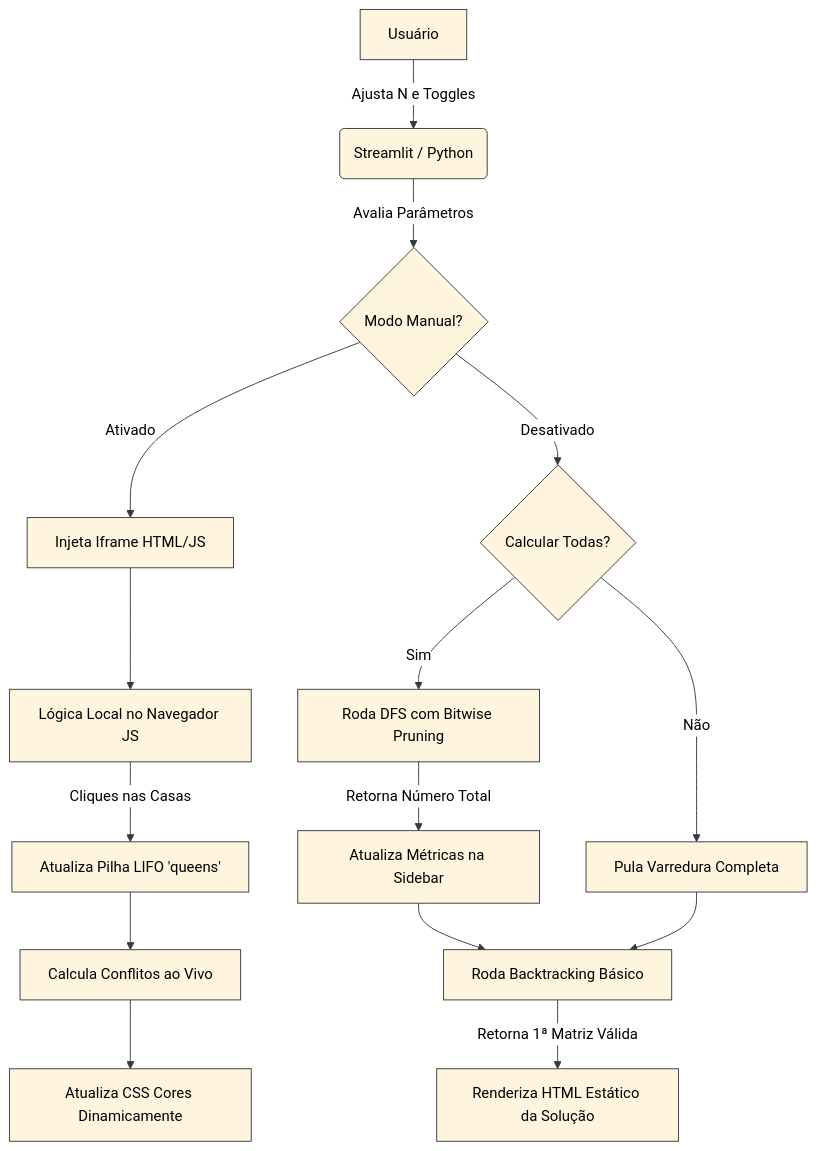
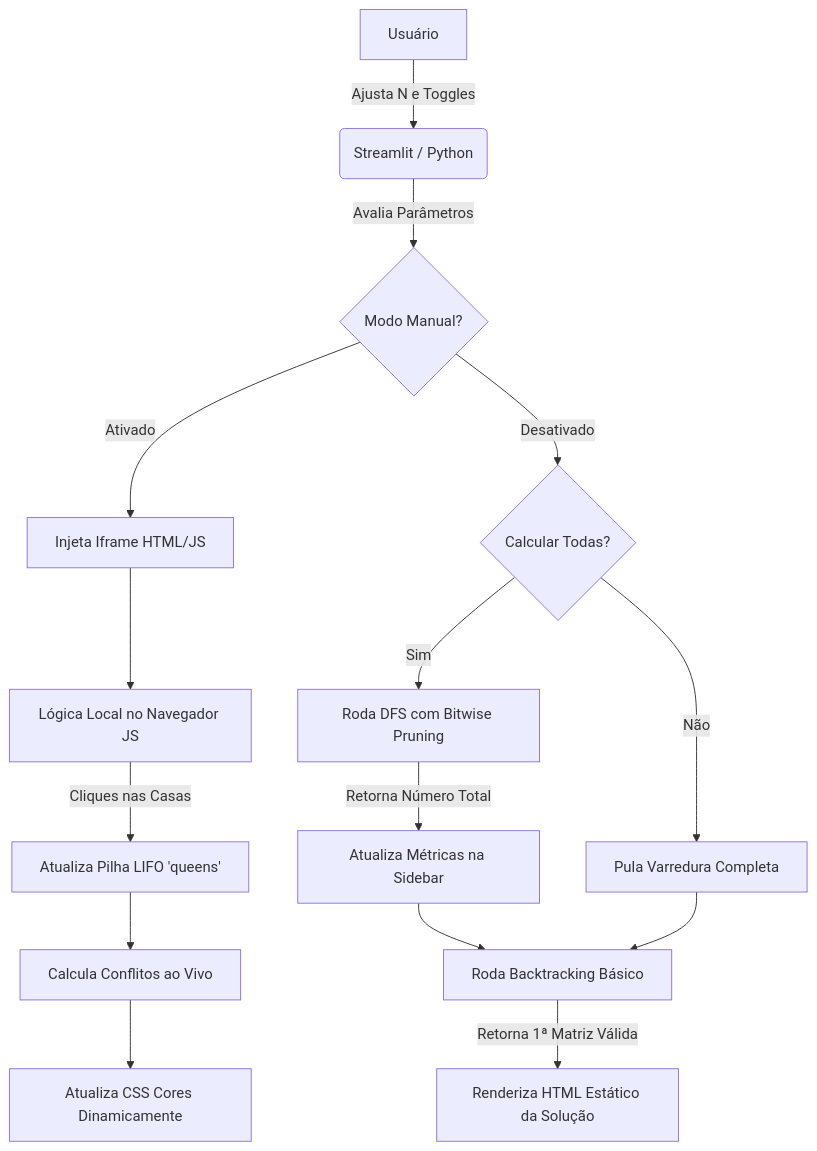
One commit to LuanVitorCD/IA_ProblemaNRainhas changed the diagram in README.md. Above: the diagram before and after it, drawn with Mermaid.

````diff
--- a/README.md
+++ b/README.md
@@ -65,30 +65,20 @@
 ```mermaid
-%%{init: {
-  'theme': 'base',
-  'themeVariables': {
-    'primaryTextColor': '#000000',
-    'primaryBorderColor': '#343a40',
-    'lineColor': '#343a40',
-    'textColor': '#000000',
-    'edgeLabelBackground': '#ffffff'
-  }
-}}%%
 graph TD
     A[Usuário] -->|Ajusta N e Toggles| B(Streamlit / Python)
     B -->|Avalia Parâmetros| C{Modo Manual?}
     
     C -->|Ativado| E[Injeta Iframe HTML/JS]
     E --> G[Lógica Local no Navegador JS]
     G -->|Cliques nas Casas| H[Atualiza Pilha LIFO 'queens']
     H --> I[Calcula Conflitos ao Vivo]
     I --> J[Atualiza CSS Cores Dinamicamente]
 
     C -->|Desativado| D{Calcular Todas?}
     D -->|Sim| K[Roda DFS com Bitwise Pruning]
     K -->|Retorna Número Total| L[Atualiza Métricas na Sidebar]
     D -->|Não| M[Pula Varredura Completa]
     
     L --> N[Roda Backtracking Básico]
     M --> N
     N -->|Retorna 1ª Matriz Válida| F[Renderiza HTML Estático da Solução]
 ```
````
